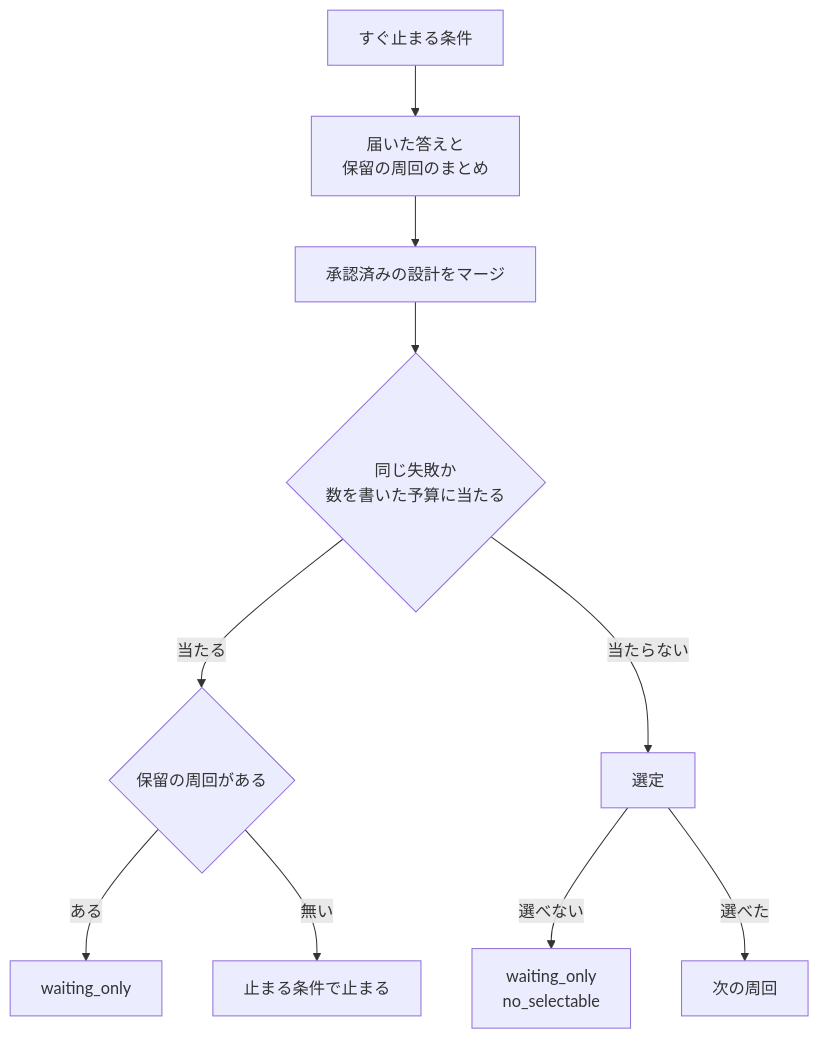
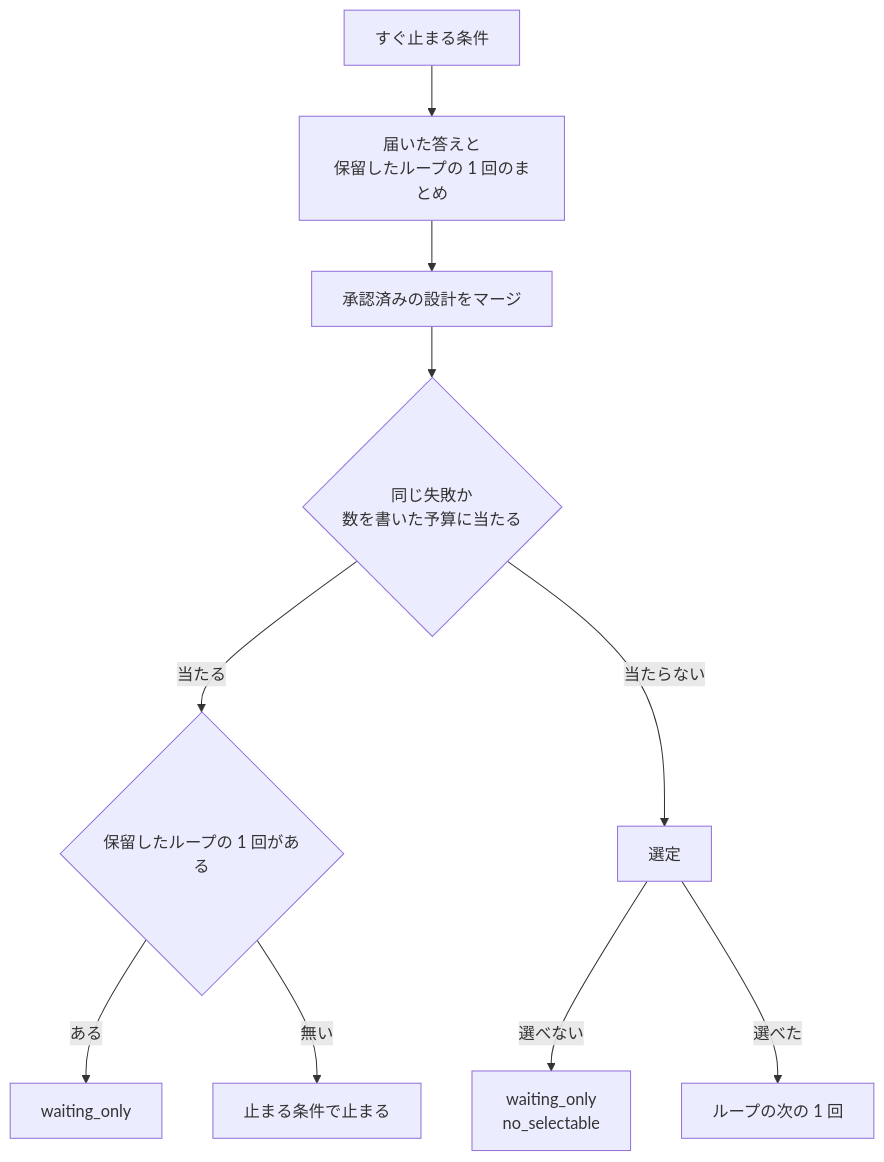
One commit to devbasex/ai-plugins changed the fifth of 5 diagrams in docs/specifications/ndf-development-loop-limits.md. Above: the diagram before and after it, drawn with Mermaid. The commit also changed other lines of this file and 110 other files, not shown here.

````diff
--- a/docs/specifications/ndf-development-loop-limits.md
+++ b/docs/specifications/ndf-development-loop-limits.md
@@ -201,12 +201,12 @@
 ```mermaid
 graph TD
-    A[すぐ止まる条件] --> B[届いた答えと<br/>保留の周回のまとめ]
+    A[すぐ止まる条件] --> B[届いた答えと<br/>保留したループの 1 回のまとめ]
     B --> C[承認済みの設計をマージ]
     C --> D{同じ失敗か<br/>数を書いた予算に当たる}
-    D -->|当たる| E{保留の周回がある}
+    D -->|当たる| E{保留したループの 1 回がある}
     E -->|ある| F[waiting_only]
     E -->|無い| G[止まる条件で止まる]
     D -->|当たらない| H[選定]
     H -->|選べない| I[waiting_only<br/>no_selectable]
-    H -->|選べた| J[次の周回]
+    H -->|選べた| J[ループの次の 1 回]
 ```
````
